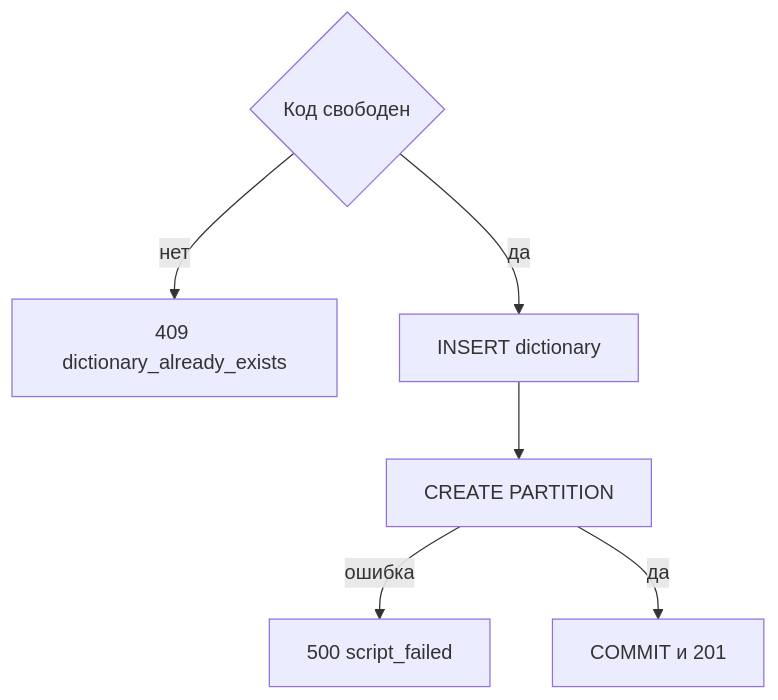
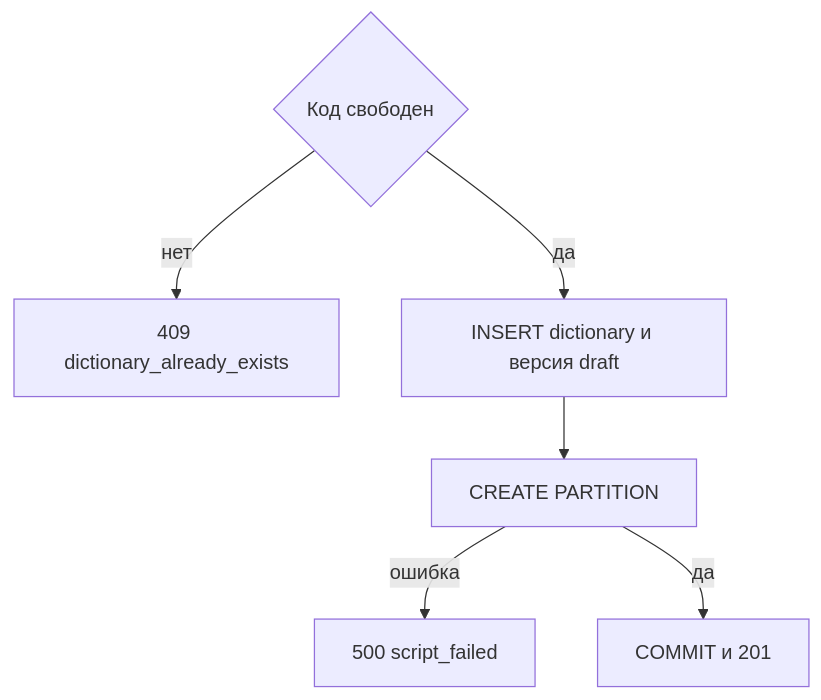
The diagram in docs/1. functional/specification/v2 - 1 таблица/api/management.api/MetadataController/post_dictionaries.md (StrannikE95/reference_data), drawn with Mermaid before and after one commit. The commit also changed other lines of this file and 14 other files, not shown here.

````diff
--- a/docs/1. functional/specification/v2 - 1 таблица/api/management.api/MetadataController/post_dictionaries.md
+++ b/docs/1. functional/specification/v2 - 1 таблица/api/management.api/MetadataController/post_dictionaries.md
@@ -77,8 +80,8 @@
 ```mermaid
 flowchart TD
   uniq{"Код свободен"} -->|нет| exists["409 dictionary_already_exists"]
-  uniq -->|да| row["INSERT dictionary"]
+  uniq -->|да| row["INSERT dictionary и версия draft"]
   row --> part["CREATE PARTITION"]
   part -->|ошибка| bad["500 script_failed"]
   part -->|да| ok["COMMIT и 201"]
 ```
````
